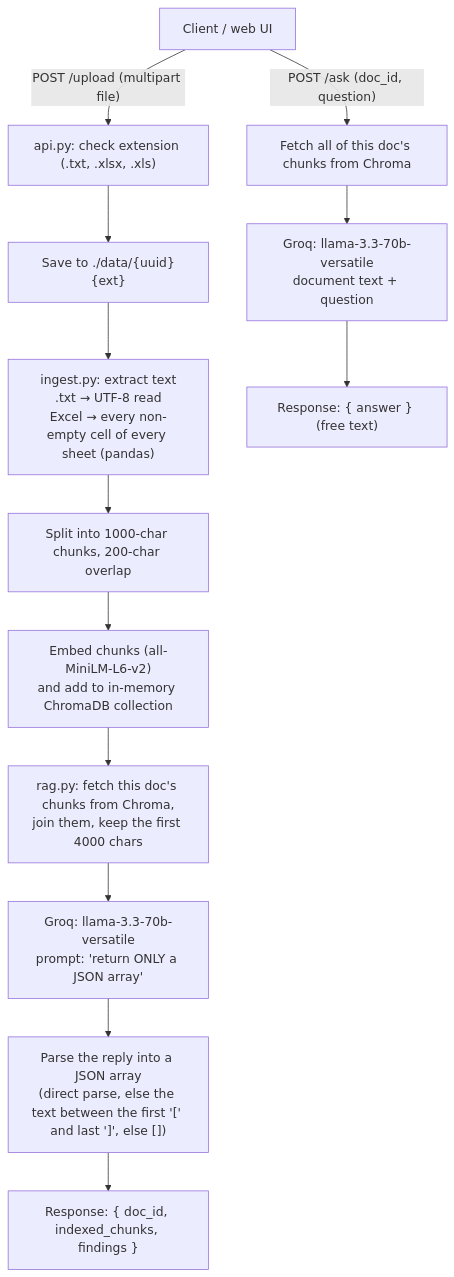
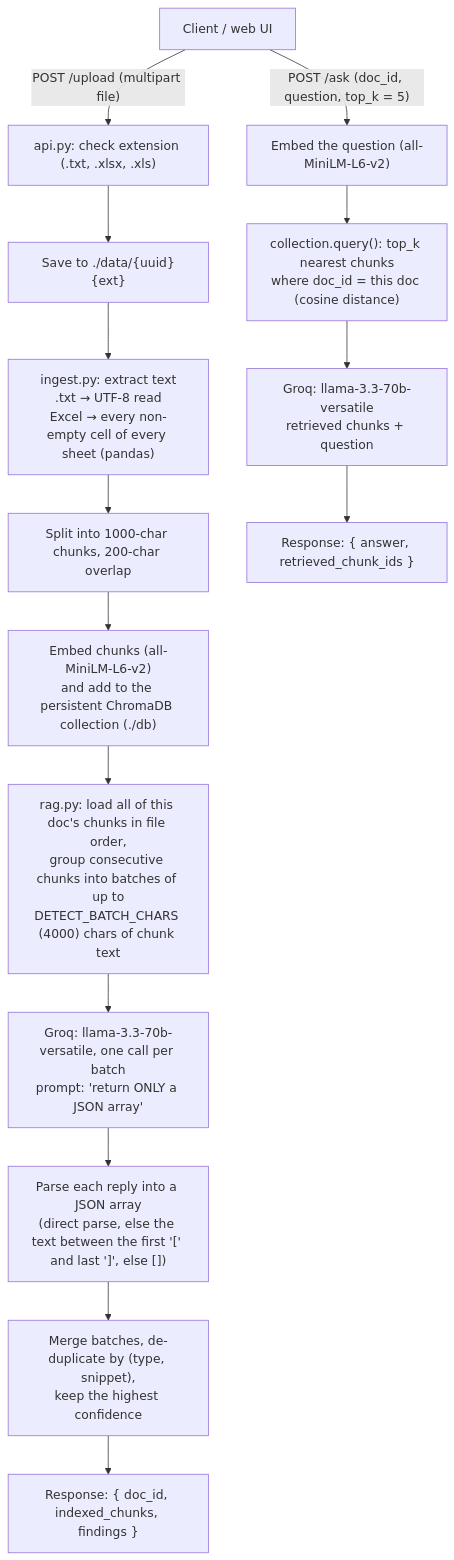
Before and after one commit to Kadaru242003/HRCI-NPPI-doc-finder: the diagram in README.md, drawn with Mermaid. The commit also changed other lines of this file and 7 other files, not shown here.

````diff
--- a/README.md
+++ b/README.md
@@ -28,16 +30,18 @@
 ```mermaid
 flowchart TD
     A["Client / web UI"] -->|"POST /upload (multipart file)"| B["api.py: check extension (.txt, .xlsx, .xls)"]
     B --> C["Save to ./data/{uuid}{ext}"]
     C --> D["ingest.py: extract text<br/>.txt → UTF-8 read<br/>Excel → every non-empty cell of every sheet (pandas)"]
     D --> E["Split into 1000-char chunks, 200-char overlap"]
-    E --> F["Embed chunks (all-MiniLM-L6-v2)<br/>and add to in-memory ChromaDB collection"]
-    F --> G["rag.py: fetch this doc's chunks from Chroma,<br/>join them, keep the first 4000 chars"]
-    G --> H["Groq: llama-3.3-70b-versatile<br/>prompt: 'return ONLY a JSON array'"]
-    H --> I["Parse the reply into a JSON array<br/>(direct parse, else the text between the first '[' and last ']', else [])"]
-    I --> J["Response: { doc_id, indexed_chunks, findings }"]
+    E --> F["Embed chunks (all-MiniLM-L6-v2)<br/>and add to the persistent ChromaDB collection (./db)"]
+    F --> G["rag.py: load all of this doc's chunks in file order,<br/>group consecutive chunks into batches of up to<br/>DETECT_BATCH_CHARS (4000) chars of chunk text"]
+    G --> H["Groq: llama-3.3-70b-versatile, one call per batch<br/>prompt: 'return ONLY a JSON array'"]
+    H --> I["Parse each reply into a JSON array<br/>(direct parse, else the text between the first '[' and last ']', else [])"]
+    I --> I2["Merge batches, de-duplicate by (type, snippet),<br/>keep the highest confidence"]
+    I2 --> J["Response: { doc_id, indexed_chunks, findings }"]
 
-    A -->|"POST /ask (doc_id, question)"| K["Fetch all of this doc's chunks from Chroma"]
-    K --> L["Groq: llama-3.3-70b-versatile<br/>document text + question"]
-    L --> M["Response: { answer } (free text)"]
+    A -->|"POST /ask (doc_id, question, top_k = 5)"| K["Embed the question (all-MiniLM-L6-v2)"]
+    K --> K2["collection.query(): top_k nearest chunks<br/>where doc_id = this doc (cosine distance)"]
+    K2 --> L["Groq: llama-3.3-70b-versatile<br/>retrieved chunks + question"]
+    L --> M["Response: { answer, retrieved_chunk_ids }"]
 ```
````
